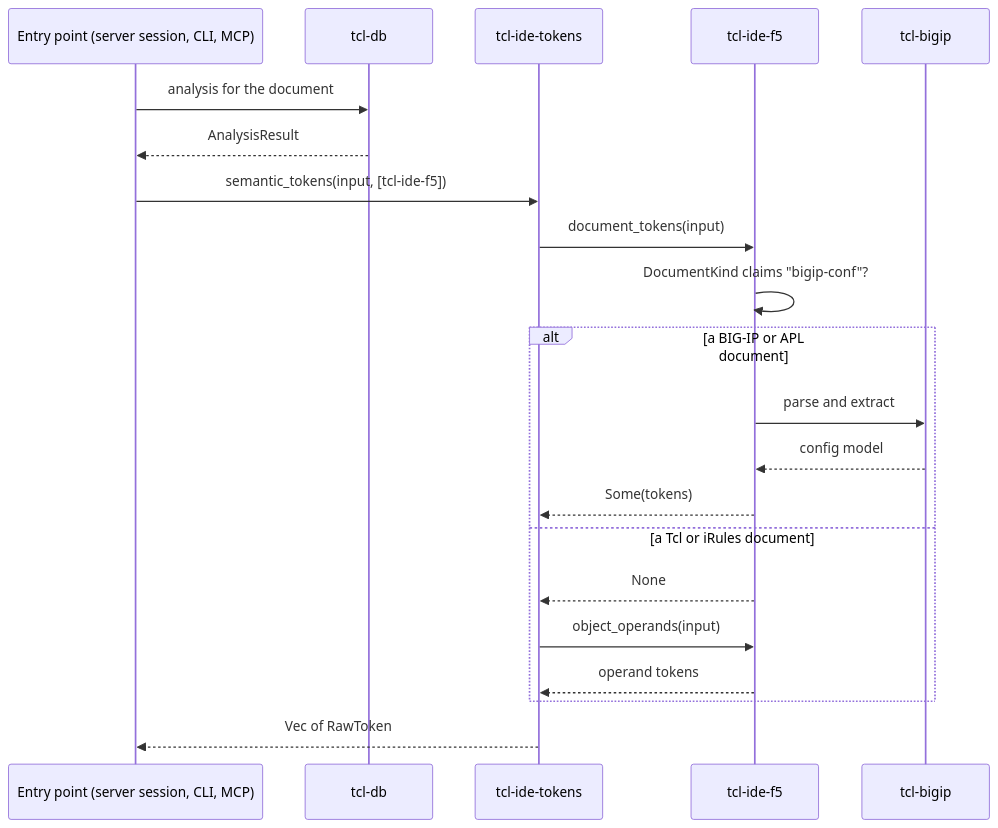
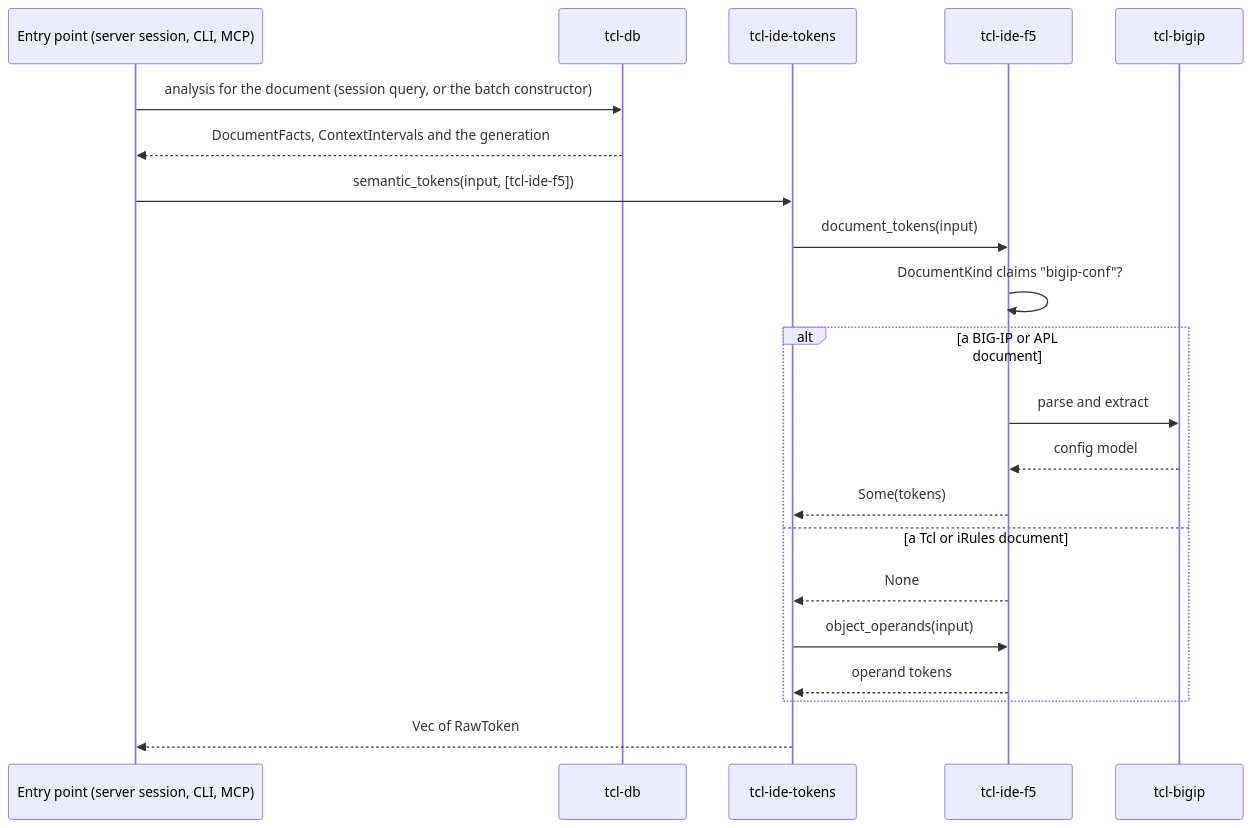
Before and after one commit to bitwisecook/tcl-lsp: the third of 3 diagrams in docs/design/workspace/289-lsp-core.md, drawn with Mermaid. The commit also changed other lines of this file and 10 other files, not shown here.

````diff
--- a/docs/design/workspace/289-lsp-core.md
+++ b/docs/design/workspace/289-lsp-core.md
@@ -260,23 +280,23 @@
 ```mermaid
 sequenceDiagram
   participant Entry as Entry point (server session, CLI, MCP)
   participant Db as tcl-db
   participant Tokens as tcl-ide-tokens
   participant F5 as tcl-ide-f5
   participant Bigip as tcl-bigip
-  Entry->>Db: analysis for the document
-  Db-->>Entry: AnalysisResult
+  Entry->>Db: analysis for the document (session query, or the batch constructor)
+  Db-->>Entry: DocumentFacts, ContextIntervals and the generation
   Entry->>Tokens: semantic_tokens(input, [tcl-ide-f5])
   Tokens->>F5: document_tokens(input)
   F5->>F5: DocumentKind claims "bigip-conf"?
   alt a BIG-IP or APL document
     F5->>Bigip: parse and extract
     Bigip-->>F5: config model
     F5-->>Tokens: Some(tokens)
   else a Tcl or iRules document
     F5-->>Tokens: None
     Tokens->>F5: object_operands(input)
     F5-->>Tokens: operand tokens
   end
   Tokens-->>Entry: Vec of RawToken
 ```
````
